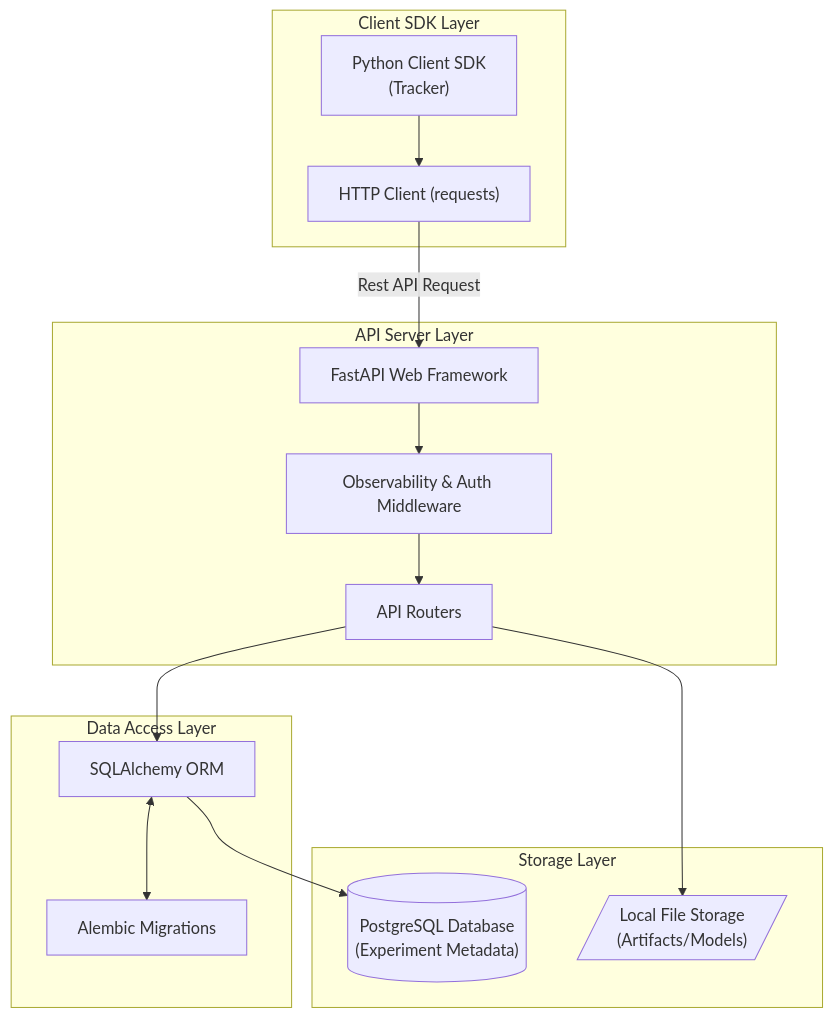
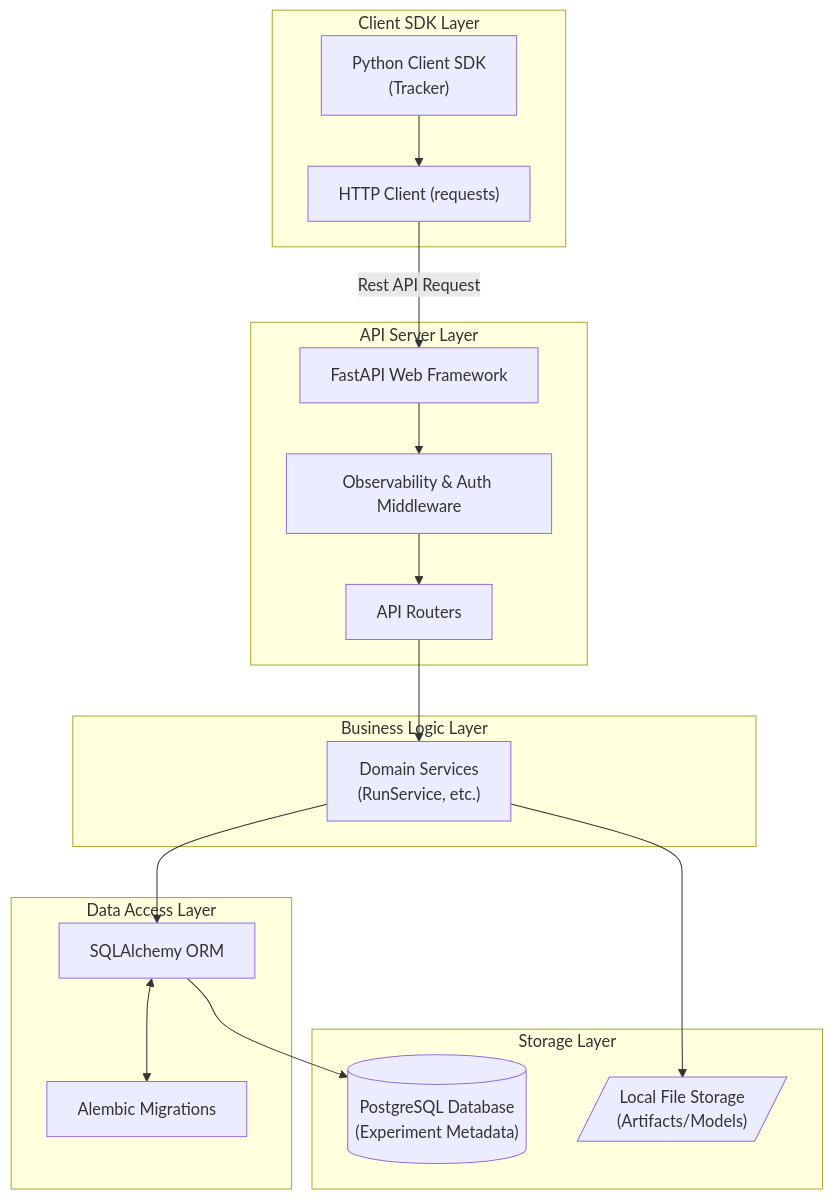
The diagram in README.md (MananJain39/Mini-MLflow), drawn with Mermaid before and after one commit. The commit also changed other lines of this file and 2 other files, not shown here.

Commit message:
docs(architecture): restructure system architecture diagram and update artifacts

````diff
--- a/README.md
+++ b/README.md
@@ -21,34 +21,39 @@
 ```mermaid
 flowchart TD
     subgraph Client SDK Layer
         SDK["Python Client SDK\n(Tracker)"]
         HTTP["HTTP Client (requests)"]
         SDK --> HTTP
     end
 
     subgraph API Server Layer
         FastAPI["FastAPI Web Framework"]
         Middleware["Observability & Auth Middleware"]
         Routing["API Routers"]
         
         HTTP -- Rest API Request --> FastAPI
         FastAPI --> Middleware
         Middleware --> Routing
     end
 
+    subgraph Business Logic Layer
+        Services["Domain Services\n(RunService, etc.)"]
+        Routing --> Services
+    end
+
     subgraph Data Access Layer
         ORM["SQLAlchemy ORM"]
         Alembic["Alembic Migrations"]
         
-        Routing --> ORM
+        Services --> ORM
         ORM <--> Alembic
     end
 
     subgraph Storage Layer
         PostgreSQL[("PostgreSQL Database\n(Experiment Metadata)")]
         LocalFileSystem[/"Local File Storage\n(Artifacts/Models)"/]
         
         ORM --> PostgreSQL
-        Routing --> LocalFileSystem
+        Services --> LocalFileSystem
     end
 ```
````
